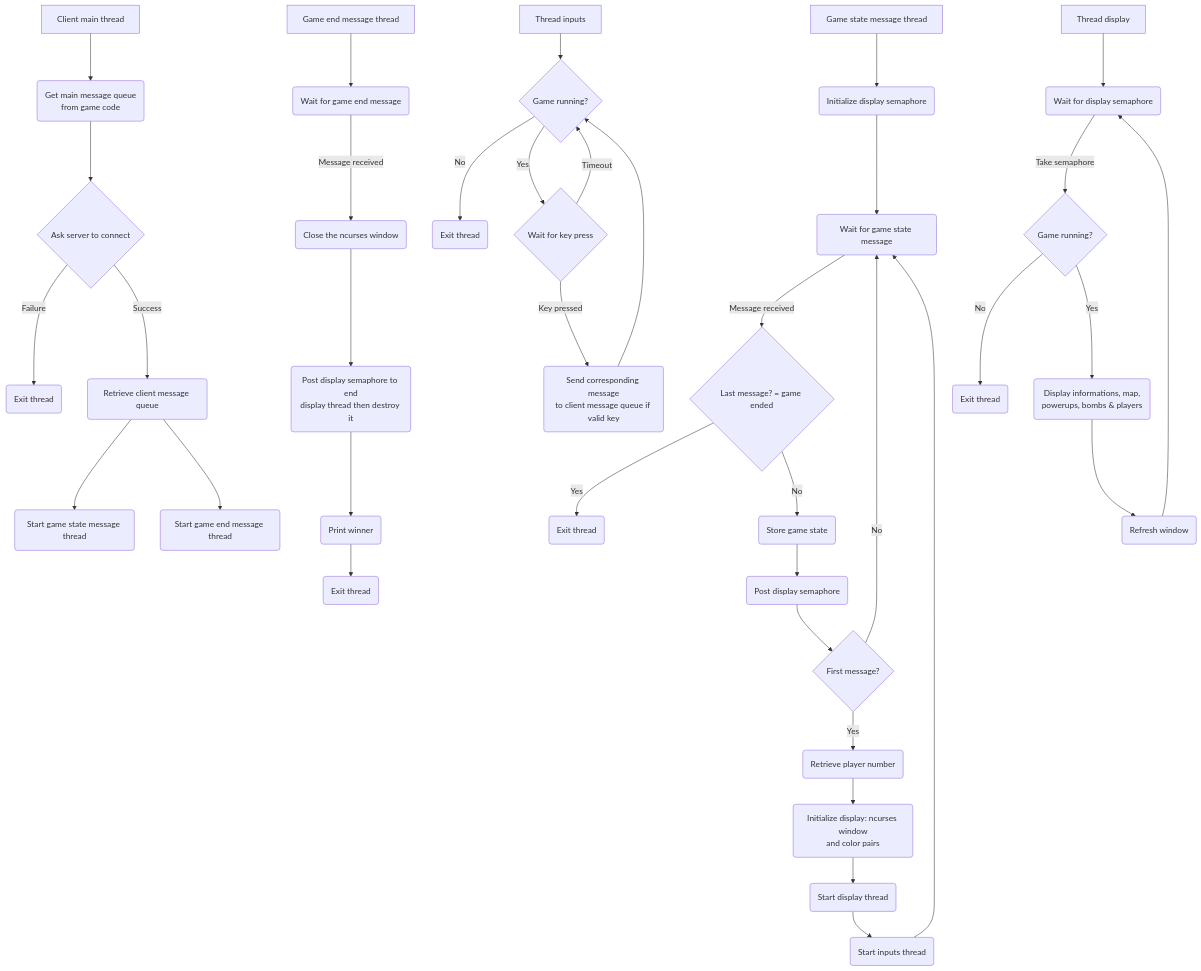
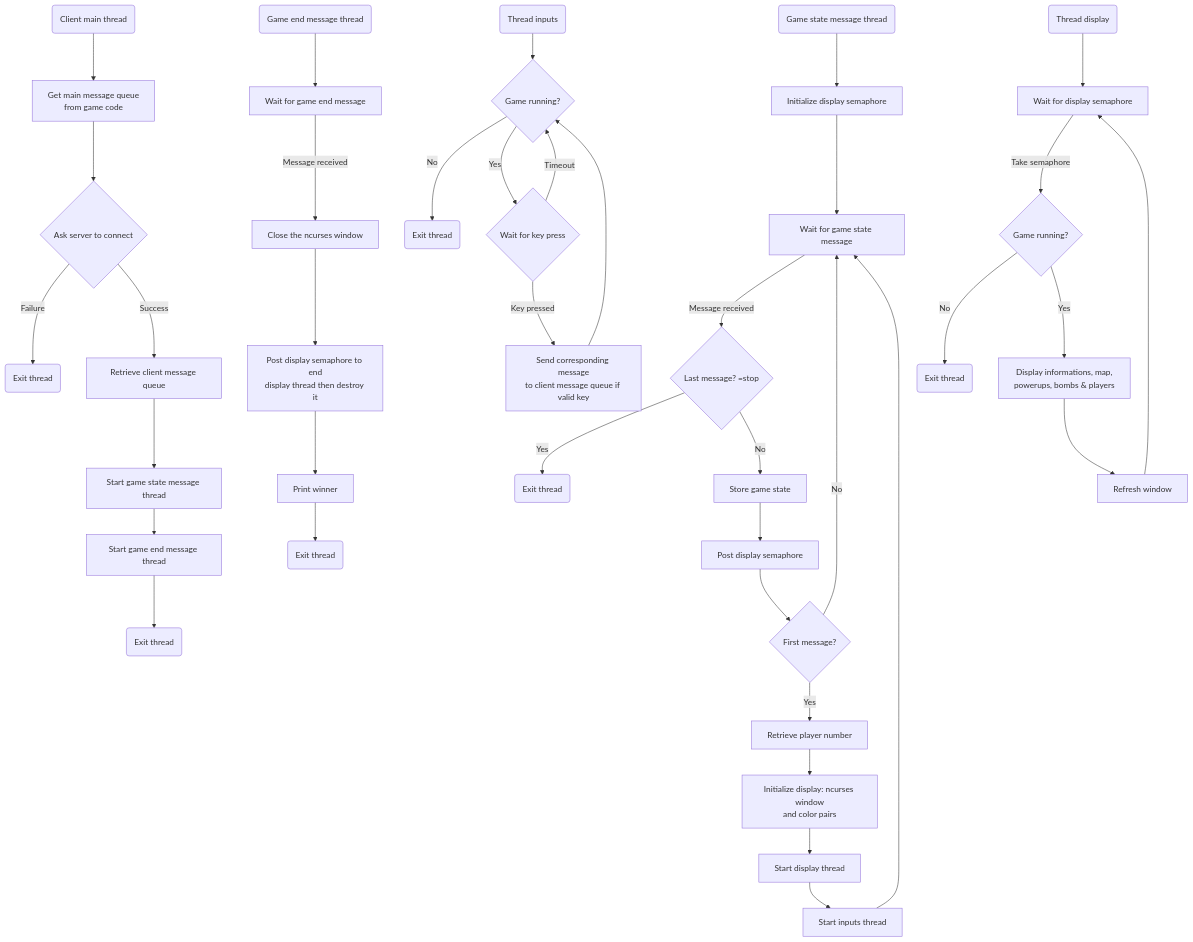
One commit to eNiiju/bomberman-console changed the diagram in client/README.md. Above: the diagram before and after it, drawn with Mermaid. The commit also changed 1 other file, not shown here.

Commit message:
Update flow charts

````diff
--- a/client/README.md
+++ b/client/README.md
@@ -5,43 +5,44 @@
 ```mermaid
 graph TD
-    MAIN_THREAD[Client main thread] --> MAIN_THREAD_A(Get main message queue<br />from game code)
+    MAIN_THREAD(Client main thread) --> MAIN_THREAD_A[Get main message queue<br />from game code]
     MAIN_THREAD_A --> MAIN_THREAD_B{Ask server to connect}
     MAIN_THREAD_B -->|Failure| MAIN_THREAD_C(Exit thread)
-    MAIN_THREAD_B -->|Success| MAIN_THREAD_D(Retrieve client message queue)
-    MAIN_THREAD_D --> MAIN_THREAD_E(Start game state message thread)
-    MAIN_THREAD_D --> MAIN_THREAD_F(Start game end message thread)
+    MAIN_THREAD_B -->|Success| MAIN_THREAD_D[Retrieve client message queue]
+    MAIN_THREAD_D --> MAIN_THREAD_E[Start game state message thread]
+    MAIN_THREAD_E --> MAIN_THREAD_F[Start game end message thread]
+    MAIN_THREAD_F --> MAIN_THREAD_G(Exit thread)
 
-    THREAD_GAME_STATE_MESSAGE[Game state message thread] --> THREAD_GAME_STATE_MESSAGE_A(Initialize display semaphore)
-    THREAD_GAME_STATE_MESSAGE_A --> THREAD_GAME_STATE_MESSAGE_B(Wait for game state message)
-    THREAD_GAME_STATE_MESSAGE_B -->|Message received| THREAD_GAME_STATE_MESSAGE_C{Last message? = game ended}
+    THREAD_GAME_STATE_MESSAGE(Game state message thread) --> THREAD_GAME_STATE_MESSAGE_A[Initialize display semaphore]
+    THREAD_GAME_STATE_MESSAGE_A --> THREAD_GAME_STATE_MESSAGE_B[Wait for game state message]
+    THREAD_GAME_STATE_MESSAGE_B -->|Message received| THREAD_GAME_STATE_MESSAGE_C{Last message? =stop}
     THREAD_GAME_STATE_MESSAGE_C -->|Yes| THREAD_GAME_STATE_MESSAGE_D(Exit thread)
-    THREAD_GAME_STATE_MESSAGE_C -->|No| THREAD_GAME_STATE_MESSAGE_E(Store game state)
-    THREAD_GAME_STATE_MESSAGE_E --> THREAD_GAME_STATE_MESSAGE_F(Post display semaphore)
+    THREAD_GAME_STATE_MESSAGE_C -->|No| THREAD_GAME_STATE_MESSAGE_E[Store game state]
+    THREAD_GAME_STATE_MESSAGE_E --> THREAD_GAME_STATE_MESSAGE_F[Post display semaphore]
     THREAD_GAME_STATE_MESSAGE_F --> THREAD_GAME_STATE_MESSAGE_G{First message?}
     THREAD_GAME_STATE_MESSAGE_G -->|No| THREAD_GAME_STATE_MESSAGE_B
-    THREAD_GAME_STATE_MESSAGE_G -->|Yes| THREAD_GAME_STATE_MESSAGE_H(Retrieve player number)
-    THREAD_GAME_STATE_MESSAGE_H --> THREAD_GAME_STATE_MESSAGE_I(Initialize display: ncurses window<br />and color pairs)
-    THREAD_GAME_STATE_MESSAGE_I --> THREAD_GAME_STATE_MESSAGE_J(Start display thread)
-    THREAD_GAME_STATE_MESSAGE_J --> THREAD_GAME_STATE_MESSAGE_K(Start inputs thread)
+    THREAD_GAME_STATE_MESSAGE_G -->|Yes| THREAD_GAME_STATE_MESSAGE_H[Retrieve player number]
+    THREAD_GAME_STATE_MESSAGE_H --> THREAD_GAME_STATE_MESSAGE_I[Initialize display: ncurses window<br />and color pairs]
+    THREAD_GAME_STATE_MESSAGE_I --> THREAD_GAME_STATE_MESSAGE_J[Start display thread]
+    THREAD_GAME_STATE_MESSAGE_J --> THREAD_GAME_STATE_MESSAGE_K[Start inputs thread]
     THREAD_GAME_STATE_MESSAGE_K --> THREAD_GAME_STATE_MESSAGE_B
 
-    THREAD_GAME_END_MESSAGE[Game end message thread] --> THREAD_GAME_END_MESSAGE_A(Wait for game end message)
-    THREAD_GAME_END_MESSAGE_A -->|Message received| THREAD_GAME_END_MESSAGE_B(Close the ncurses window)
-    THREAD_GAME_END_MESSAGE_B --> THREAD_GAME_END_MESSAGE_C(Post display semaphore to end<br />display thread then destroy it)
-    THREAD_GAME_END_MESSAGE_C --> THREAD_GAME_END_MESSAGE_D(Print winner)
+    THREAD_GAME_END_MESSAGE(Game end message thread) --> THREAD_GAME_END_MESSAGE_A[Wait for game end message]
+    THREAD_GAME_END_MESSAGE_A -->|Message received| THREAD_GAME_END_MESSAGE_B[Close the ncurses window]
+    THREAD_GAME_END_MESSAGE_B --> THREAD_GAME_END_MESSAGE_C[Post display semaphore to end<br />display thread then destroy it]
+    THREAD_GAME_END_MESSAGE_C --> THREAD_GAME_END_MESSAGE_D[Print winner]
     THREAD_GAME_END_MESSAGE_D --> THREAD_GAME_END_MESSAGE_E(Exit thread)
 
-    THREAD_INPUTS[Thread inputs] --> THREAD_INPUTS_A{Game running?}
+    THREAD_INPUTS(Thread inputs) --> THREAD_INPUTS_A{Game running?}
     THREAD_INPUTS_A -->|No| THREAD_INPUTS_B(Exit thread)
     THREAD_INPUTS_A -->|Yes| THREAD_INPUTS_C{Wait for key press}
     THREAD_INPUTS_C -->|Timeout| THREAD_INPUTS_A
-    THREAD_INPUTS_C -->|Key pressed| THREAD_INPUTS_E(Send corresponding message<br />to client message queue if valid key)
+    THREAD_INPUTS_C -->|Key pressed| THREAD_INPUTS_E[Send corresponding message<br />to client message queue if valid key]
     THREAD_INPUTS_E --> THREAD_INPUTS_A
 
-    THREAD_DISPLAY[Thread display] --> THREAD_DISPLAY_A(Wait for display semaphore)
+    THREAD_DISPLAY(Thread display) --> THREAD_DISPLAY_A[Wait for display semaphore]
     THREAD_DISPLAY_A -->|Take semaphore| THREAD_DISPLAY_B{Game running?}
     THREAD_DISPLAY_B -->|No| THREAD_DISPLAY_C(Exit thread)
-    THREAD_DISPLAY_B -->|Yes| THREAD_DISPLAY_D(Display informations, map,<br />powerups, bombs & players)
-    THREAD_DISPLAY_D --> THREAD_DISPLAY_E(Refresh window)
+    THREAD_DISPLAY_B -->|Yes| THREAD_DISPLAY_D[Display informations, map,<br />powerups, bombs & players]
+    THREAD_DISPLAY_D --> THREAD_DISPLAY_E[Refresh window]
     THREAD_DISPLAY_E --> THREAD_DISPLAY_A
 ```
````
